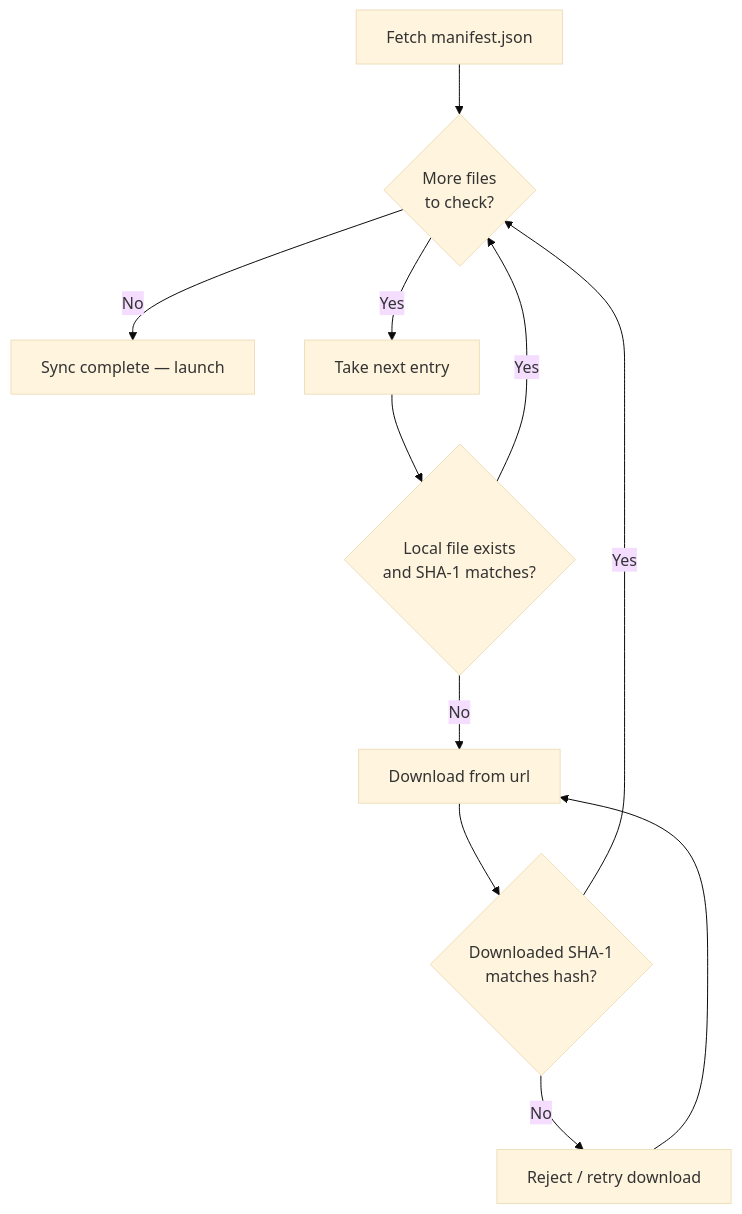
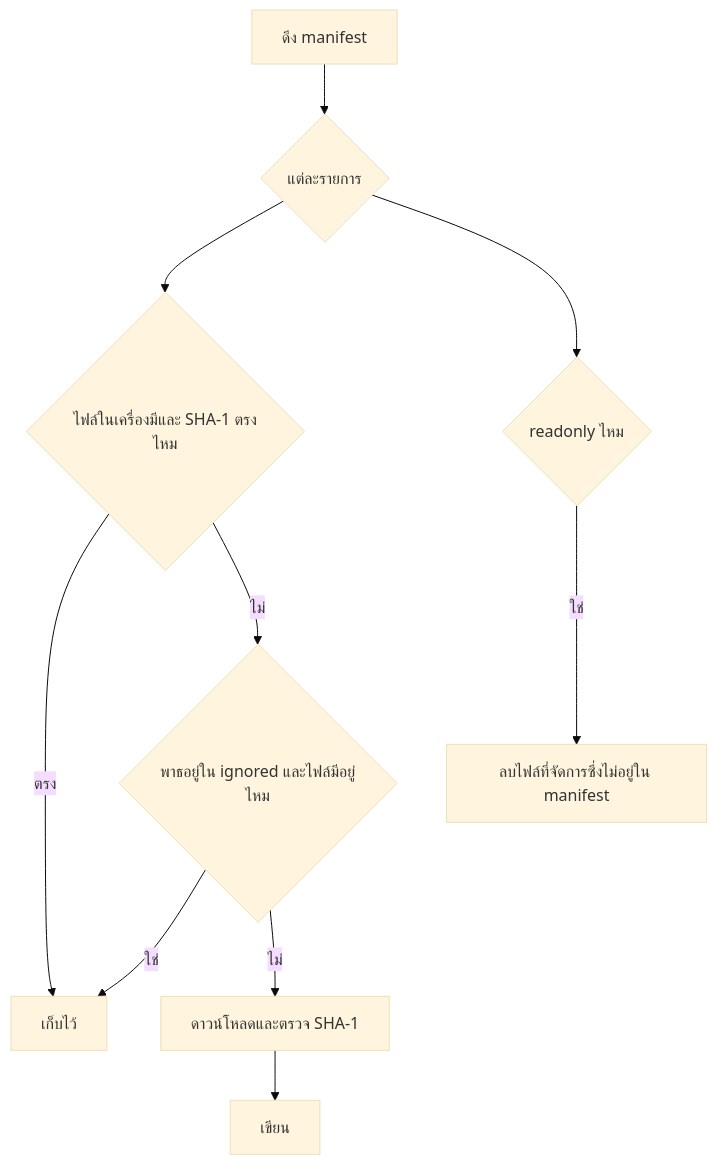
One commit to alice-magic/wiki changed the diagram in th/neko-launcher/instance-manifest.md. Above: the diagram before and after it, drawn with Mermaid (base theme). The commit also changed other lines of this file and 43 other files, not shown here.

````diff
--- a/th/neko-launcher/instance-manifest.md
+++ b/th/neko-launcher/instance-manifest.md
@@ -45,13 +44,12 @@
 ```mermaid
 flowchart TD
-    A[Fetch manifest.json] --> B{More files<br/>to check?}
-    B -->|No| G[Sync complete — launch]
-    B -->|Yes| C[Take next entry]
-    C --> D{Local file exists<br/>and SHA-1 matches?}
-    D -->|Yes| B
-    D -->|No| E[Download from url]
-    E --> F{Downloaded SHA-1<br/>matches hash?}
-    F -->|Yes| B
-    F -->|No| H[Reject / retry download]
-    H --> E
+    A[ดึง manifest] --> B{แต่ละรายการ}
+    B --> C{ไฟล์ในเครื่องมีและ SHA-1 ตรงไหม}
+    C -- ตรง --> D[เก็บไว้]
+    C -- ไม่ --> E{พาธอยู่ใน ignored และไฟล์มีอยู่ไหม}
+    E -- ใช่ --> D
+    E -- ไม่ --> F[ดาวน์โหลดและตรวจ SHA-1]
+    F --> G[เขียน]
+    B --> H{readonly ไหม}
+    H -- ใช่ --> I[ลบไฟล์ที่จัดการซึ่งไม่อยู่ใน manifest]
 ```
````
